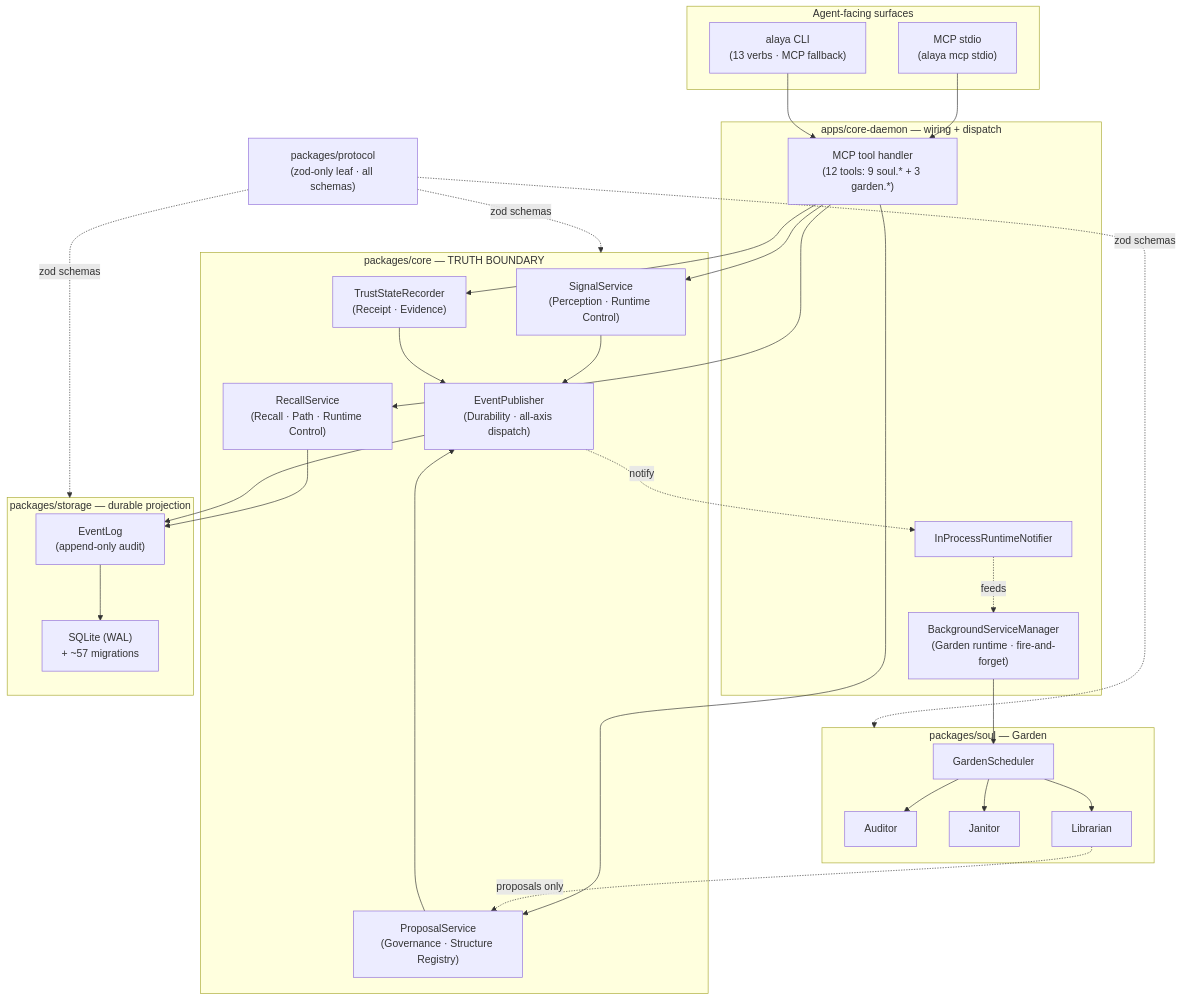
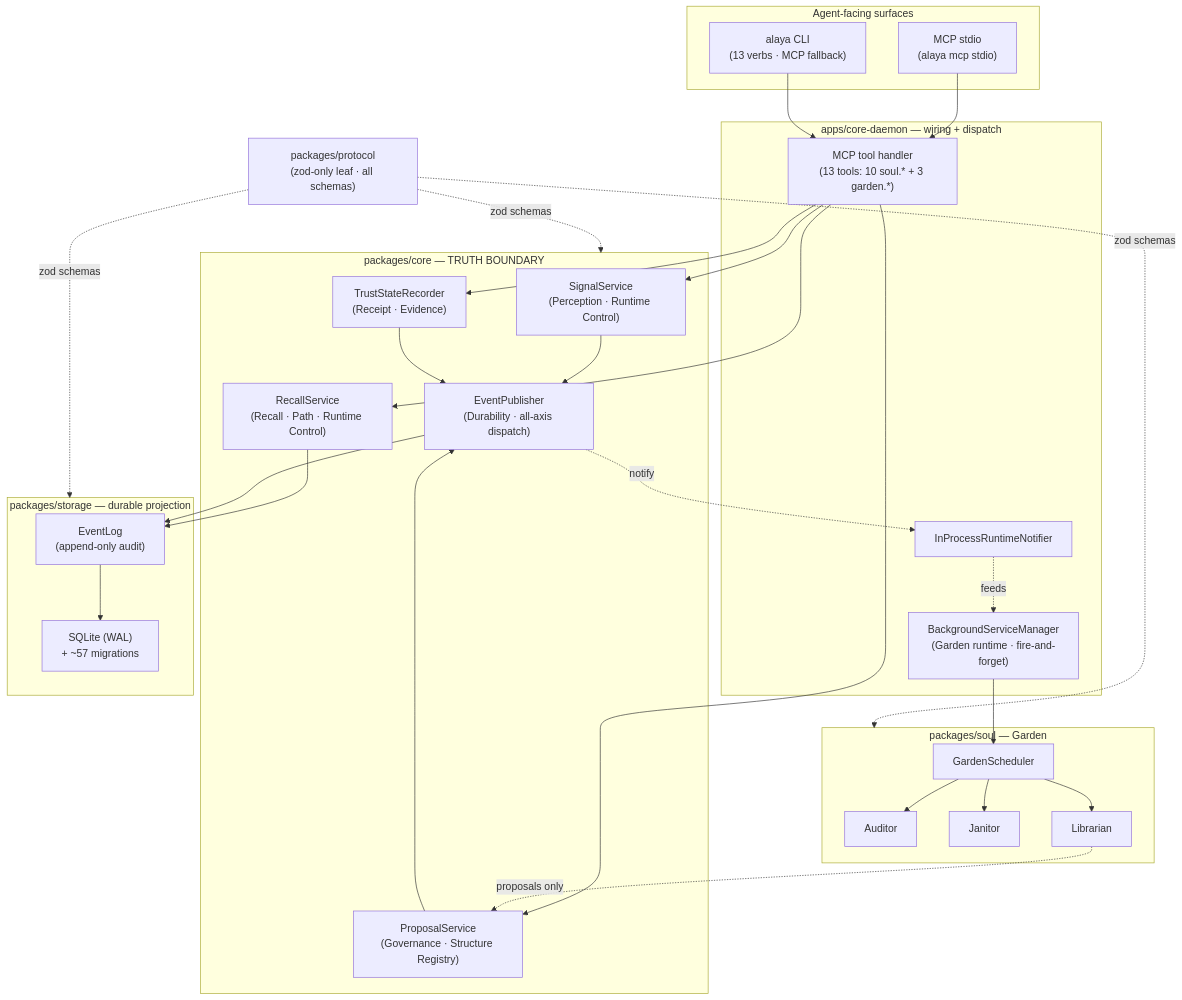
The second of 2 diagrams in README.md (tdwhere123/Do-SOUL-Alaya), drawn with Mermaid before and after one commit. The commit also changed other lines of this file and 78 other files, not shown here.

````diff
--- a/README.md
+++ b/README.md
@@ -389,57 +410,57 @@
 ```mermaid
 graph TD
     subgraph Surfaces["Agent-facing surfaces"]
         MCPS["MCP stdio<br/>(alaya mcp stdio)"]
         CLIS["alaya CLI<br/>(13 verbs · MCP fallback)"]
     end
 
     subgraph Daemon["apps/core-daemon — wiring + dispatch"]
-        TH["MCP tool handler<br/>(12 tools: 9 soul.* + 3 garden.*)"]
+        TH["MCP tool handler<br/>(13 tools: 10 soul.* + 3 garden.*)"]
         BG["BackgroundServiceManager<br/>(Garden runtime · fire-and-forget)"]
         NOTI["InProcessRuntimeNotifier"]
     end
 
     subgraph Core["packages/core — TRUTH BOUNDARY"]
         SS["SignalService<br/>(Perception · Runtime Control)"]
         PROP["ProposalService<br/>(Governance · Structure Registry)"]
         EP["EventPublisher<br/>(Durability · all-axis dispatch)"]
         REC["RecallService<br/>(Recall · Path · Runtime Control)"]
         TR["TrustStateRecorder<br/>(Receipt · Evidence)"]
     end
 
     subgraph Soul["packages/soul — Garden"]
         AUD["Auditor"]
         JAN["Janitor"]
         LIB["Librarian"]
         SCH["GardenScheduler"]
     end
 
     subgraph StorageBox["packages/storage — durable projection"]
         EL["EventLog<br/>(append-only audit)"]
         DB["SQLite (WAL)<br/>+ ~57 migrations"]
     end
 
     PROTO["packages/protocol<br/>(zod-only leaf · all schemas)"]
 
     MCPS --> TH
     CLIS --> TH
     TH --> SS
     TH --> PROP
     TH --> REC
     TH --> TR
     SS --> EP
     PROP --> EP
     REC --> EL
     TR --> EP
     EP --> EL
     EL --> DB
     EP -.notify.-> NOTI
     NOTI -.feeds.-> BG
     BG --> SCH
     SCH --> AUD & JAN & LIB
     LIB -.proposals only.-> PROP
 
     PROTO -. zod schemas .-> Core
     PROTO -. zod schemas .-> Soul
     PROTO -. zod schemas .-> StorageBox
 ```
````
